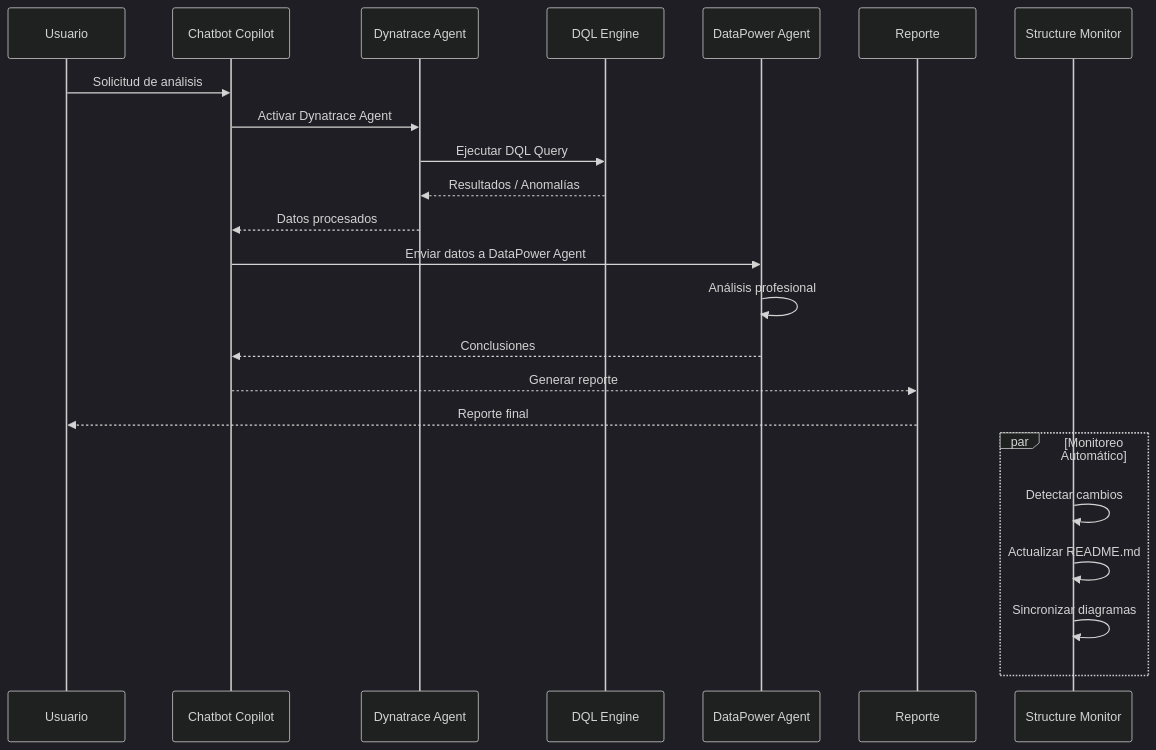
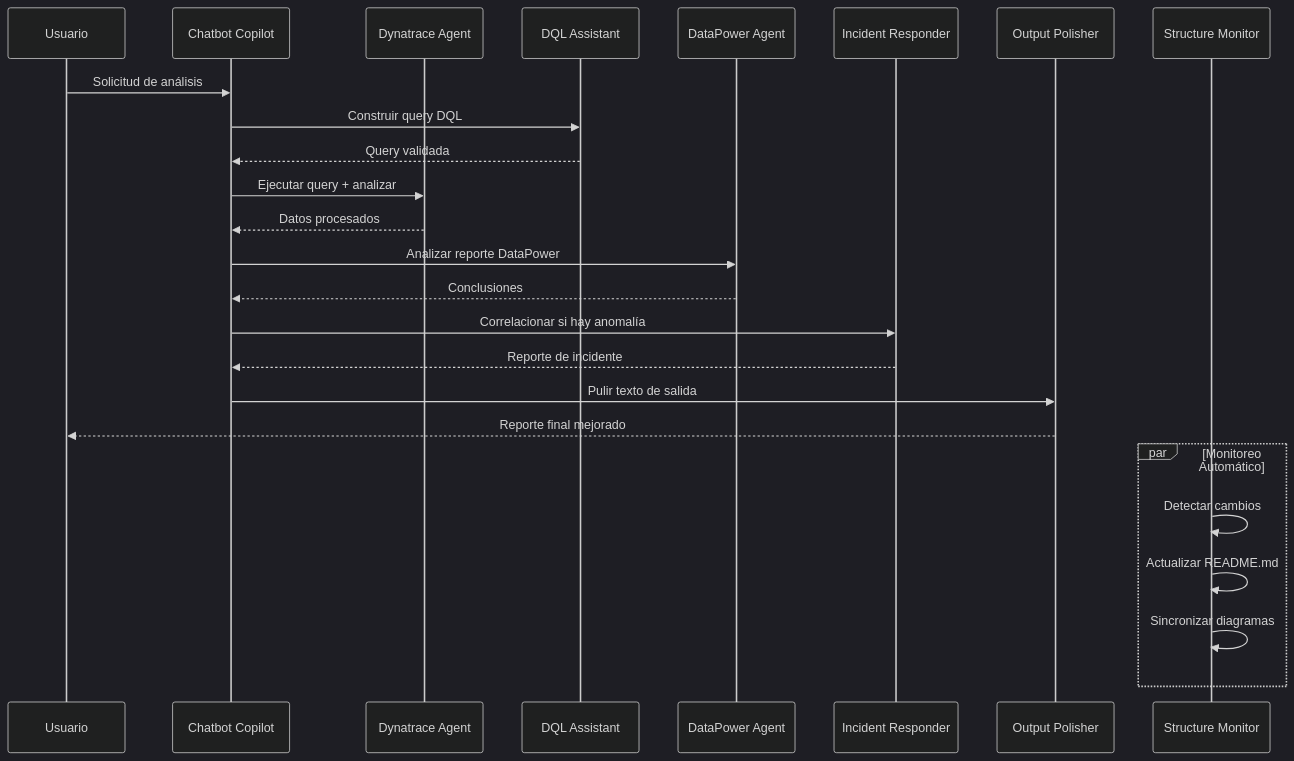
Before and after one commit to johansparra/ai-carib-intelligence-agent: the second of 2 diagrams in README.md, drawn with Mermaid (dark theme). The commit also changed other lines of this file and 1 other file, not shown here.

First line of the commit message:
docs: sync README.md diagrams and structure

````diff
--- a/README.md
+++ b/README.md
@@ -47,27 +69,29 @@
 ```mermaid
 sequenceDiagram
     participant User as Usuario
     participant Chatbot as Chatbot Copilot
     participant DN as Dynatrace Agent
-    participant DQL as DQL Engine
+    participant DQL as DQL Assistant
     participant DP as DataPower Agent
-    participant Report as Reporte
+    participant IR as Incident Responder
+    participant OP as Output Polisher
     participant SM as Structure Monitor
 
     User->>Chatbot: Solicitud de análisis
-    Chatbot->>DN: Activar Dynatrace Agent
-    DN->>DQL: Ejecutar DQL Query
-    DQL-->>DN: Resultados / Anomalías
+    Chatbot->>DQL: Construir query DQL
+    DQL-->>Chatbot: Query validada
+    Chatbot->>DN: Ejecutar query + analizar
     DN-->>Chatbot: Datos procesados
-    Chatbot->>DP: Enviar datos a DataPower Agent
-    DP->>DP: Análisis profesional
+    Chatbot->>DP: Analizar reporte DataPower
     DP-->>Chatbot: Conclusiones
-    Chatbot-->>Report: Generar reporte
-    Report-->>User: Reporte final
-    
+    Chatbot->>IR: Correlacionar si hay anomalía
+    IR-->>Chatbot: Reporte de incidente
+    Chatbot->>OP: Pulir texto de salida
+    OP-->>User: Reporte final mejorado
+
     par Monitoreo Automático
         SM->>SM: Detectar cambios
         SM->>SM: Actualizar README.md
         SM->>SM: Sincronizar diagramas
     end
 ```
````
